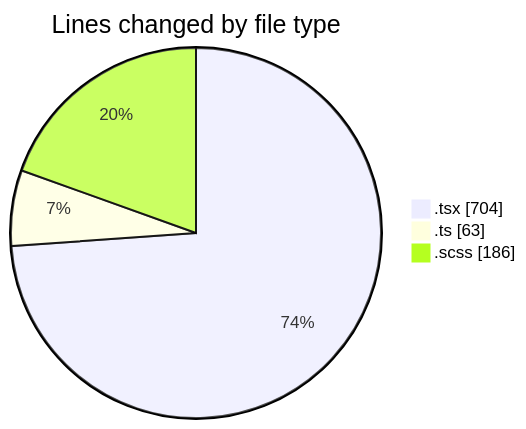
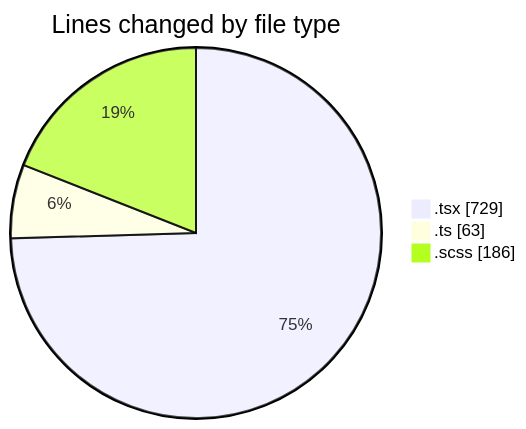
One commit to momahboobian/code-tracking changed the first of 2 diagrams in 2025-04-02/cda/README.md. Above: the diagram before and after it, drawn with Mermaid. The commit also changed other lines of this file and 1 other file, not shown here.

````diff
--- a/2025-04-02/cda/README.md
+++ b/2025-04-02/cda/README.md
@@ -25,7 +25,7 @@
 ```mermaid
 pie showData
 title Lines changed by file type
-".tsx" : 704
+".tsx" : 729
 ".ts" : 63
 ".scss" : 186
 ```
````
